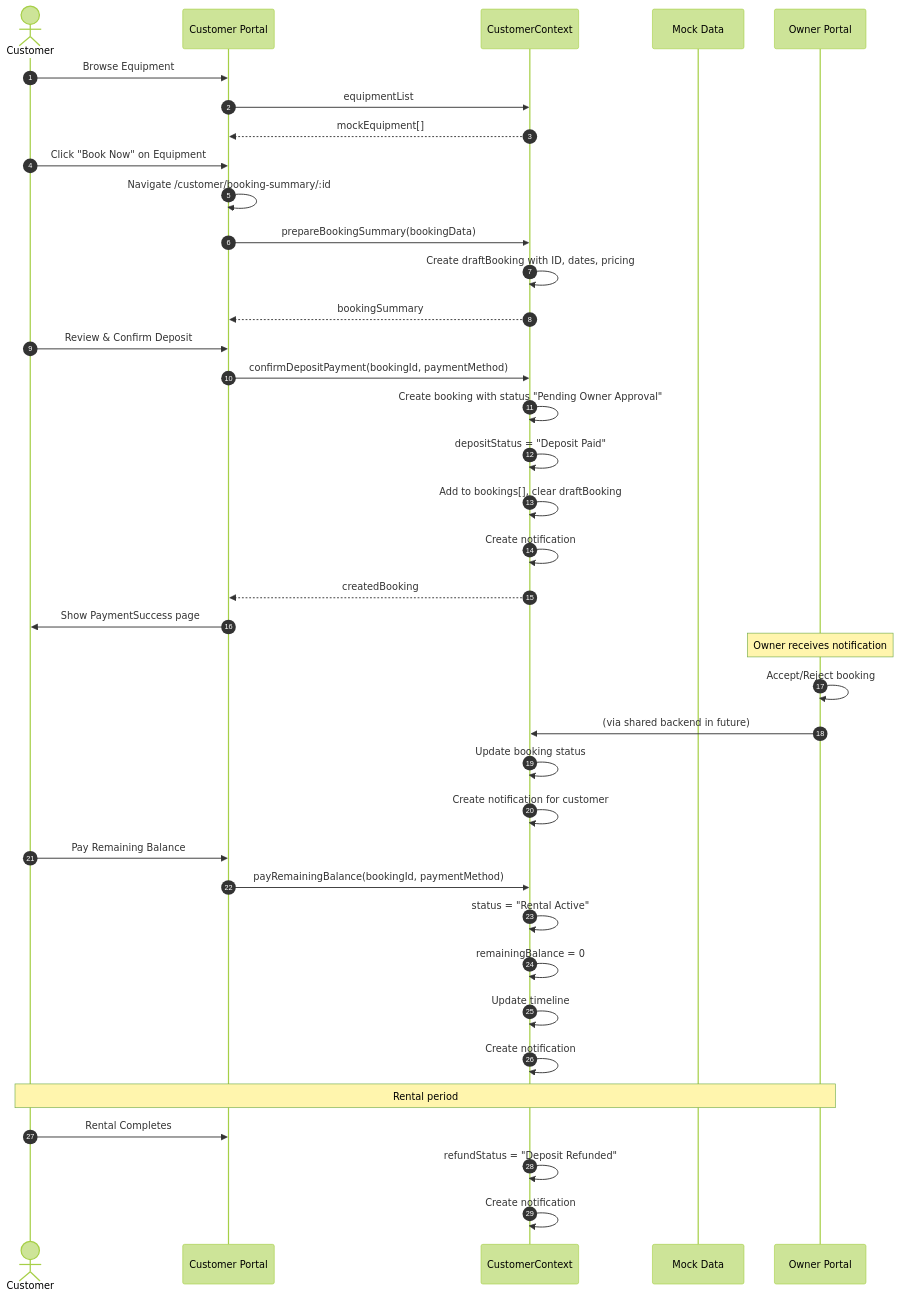
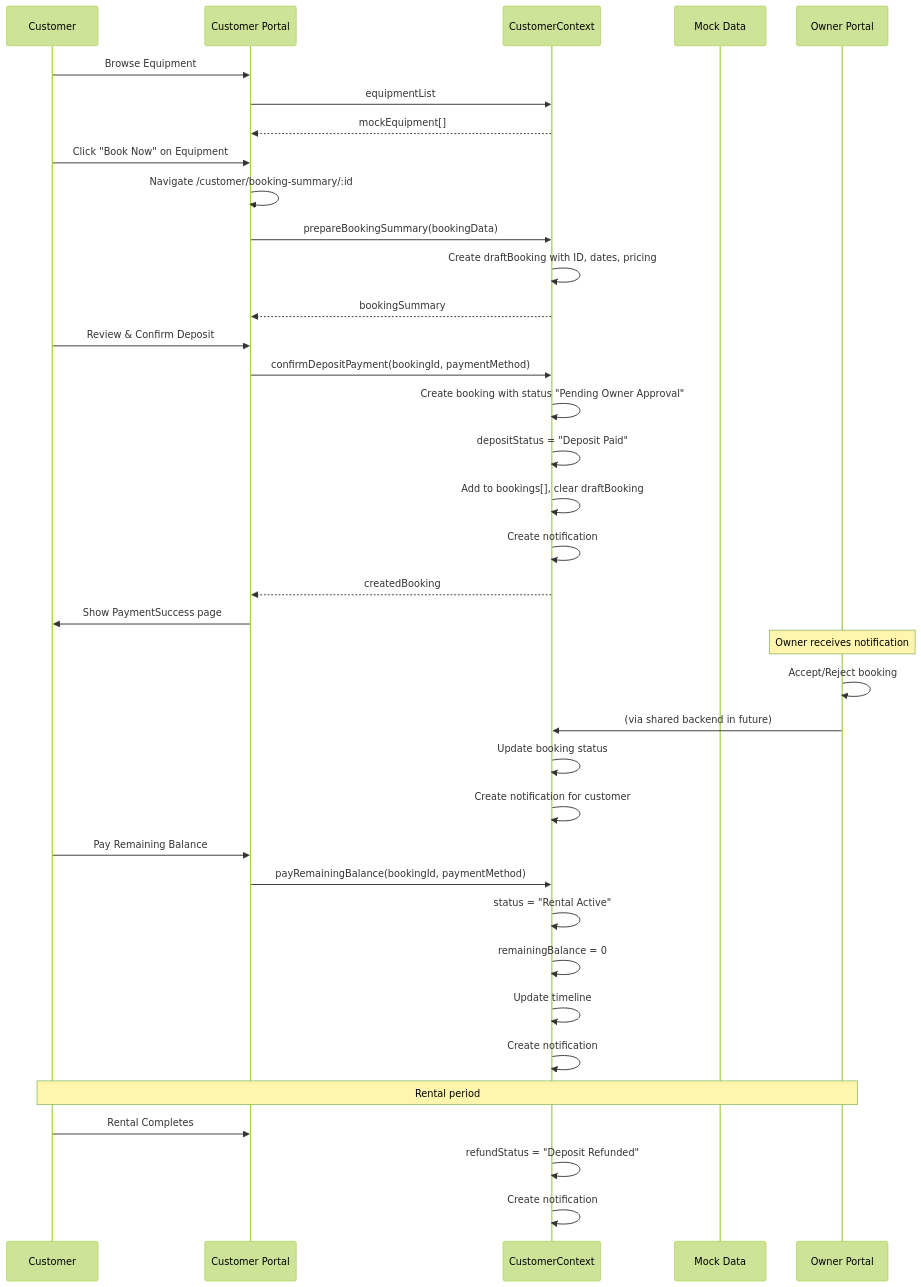
The third of 3 diagrams in README.md (Rentra-Internship-Project/Rentra-Internship-Project), drawn with Mermaid (forest theme) before and after one commit. The commit also changed other lines of this file, not shown here.

````diff
--- a/README.md
+++ b/README.md
@@ -1164,48 +441,47 @@
 ```mermaid
 sequenceDiagram
-    autonumber
-    actor C as Customer
+    participant C as Customer
     participant UI as Customer Portal
     participant CX as CustomerContext
     participant M as Mock Data
     participant O as Owner Portal
 
     C->>UI: Browse Equipment
     UI->>CX: equipmentList
     CX-->>UI: mockEquipment[]
 
     C->>UI: Click "Book Now" on Equipment
     UI->>UI: Navigate /customer/booking-summary/:id
     UI->>CX: prepareBookingSummary(bookingData)
     CX->>CX: Create draftBooking with ID, dates, pricing
     CX-->>UI: bookingSummary
 
     C->>UI: Review & Confirm Deposit
     UI->>CX: confirmDepositPayment(bookingId, paymentMethod)
     CX->>CX: Create booking with status "Pending Owner Approval"
     CX->>CX: depositStatus = "Deposit Paid"
     CX->>CX: Add to bookings[], clear draftBooking
     CX->>CX: Create notification
     CX-->>UI: createdBooking
 
     UI->>C: Show PaymentSuccess page
 
     Note over O: Owner receives notification
     O->>O: Accept/Reject booking
     O->>CX: (via shared backend in future)
     CX->>CX: Update booking status
     CX->>CX: Create notification for customer
 
     C->>UI: Pay Remaining Balance
     UI->>CX: payRemainingBalance(bookingId, paymentMethod)
     CX->>CX: status = "Rental Active"
     CX->>CX: remainingBalance = 0
     CX->>CX: Update timeline
     CX->>CX: Create notification
 
     Note over C,O: Rental period
 
     C->>UI: Rental Completes
     CX->>CX: refundStatus = "Deposit Refunded"
     CX->>CX: Create notification
 ```
````
